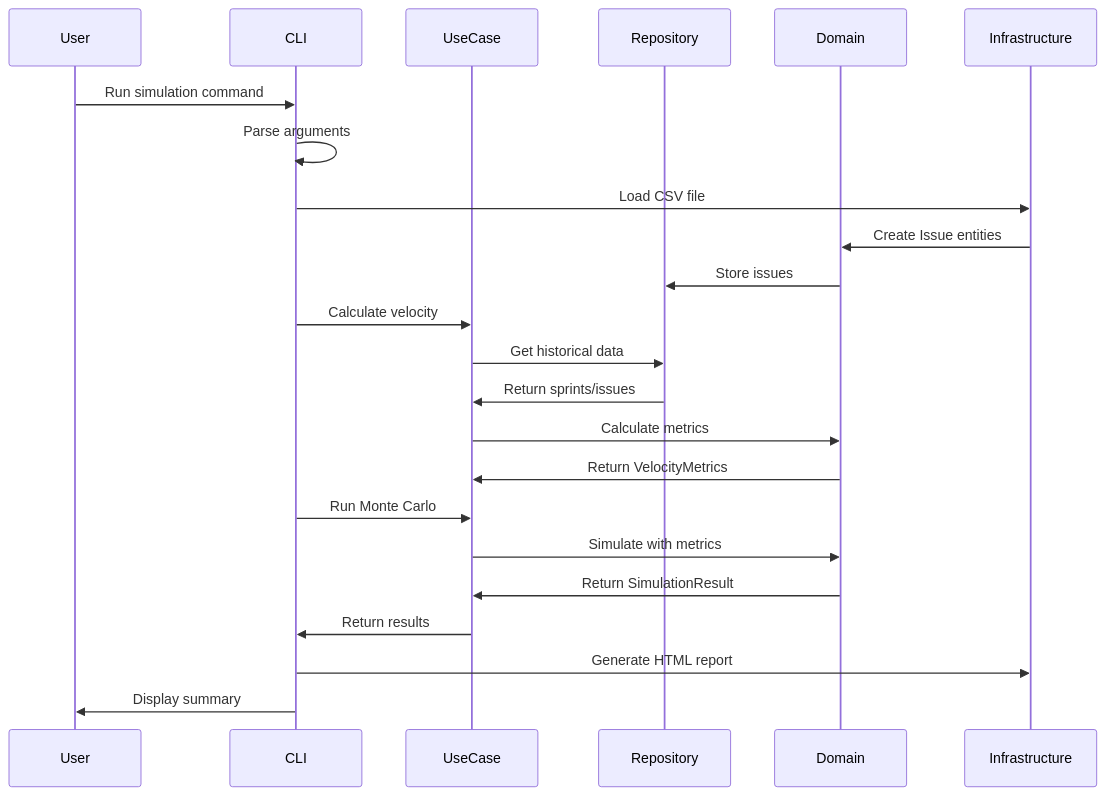
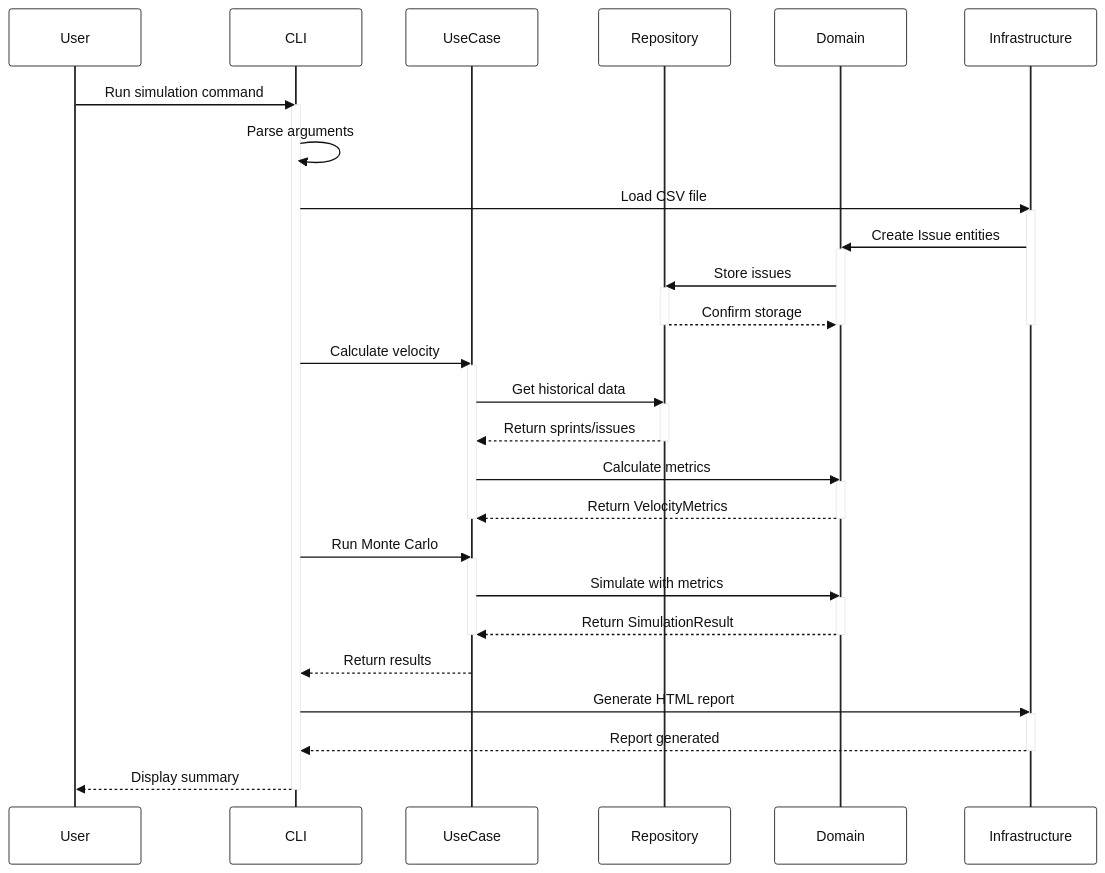
The sixth of 7 diagrams in ARCHITECTURE.md (opreto/jira-monte-carlo), drawn with Mermaid before and after one commit. The commit also changed other lines of this file and 1 other file, not shown here.

First line of the commit message:
Style all mermaid diagrams with professional formatting

````diff
--- a/ARCHITECTURE.md
+++ b/ARCHITECTURE.md
@@ -317,29 +362,52 @@
 ```mermaid
+%%{init: { 'theme': 'base', 'themeVariables': { 'primaryColor': '#fff', 'primaryTextColor': '#111', 'primaryBorderColor': '#222', 'lineColor': '#333', 'fontFamily': 'Arial', 'fontSize': '14px' }}}%%
 sequenceDiagram
     participant User
     participant CLI
     participant UseCase
-    participant Repository
+    participant Repository  
     participant Domain
     participant Infrastructure
     
     User->>CLI: Run simulation command
+    activate CLI
     CLI->>CLI: Parse arguments
     CLI->>Infrastructure: Load CSV file
+    activate Infrastructure
     Infrastructure->>Domain: Create Issue entities
+    activate Domain
     Domain->>Repository: Store issues
+    activate Repository
+    Repository-->>Domain: Confirm storage
+    deactivate Repository
+    deactivate Domain
+    deactivate Infrastructure
     
     CLI->>UseCase: Calculate velocity
+    activate UseCase
     UseCase->>Repository: Get historical data
-    Repository->>UseCase: Return sprints/issues
+    activate Repository
+    Repository-->>UseCase: Return sprints/issues
+    deactivate Repository
     UseCase->>Domain: Calculate metrics
-    Domain->>UseCase: Return VelocityMetrics
+    activate Domain
+    Domain-->>UseCase: Return VelocityMetrics
+    deactivate Domain
+    deactivate UseCase
     
     CLI->>UseCase: Run Monte Carlo
+    activate UseCase
     UseCase->>Domain: Simulate with metrics
-    Domain->>UseCase: Return SimulationResult
+    activate Domain
+    Domain-->>UseCase: Return SimulationResult
+    deactivate Domain
+    deactivate UseCase
     
-    UseCase->>CLI: Return results
+    UseCase-->>CLI: Return results
     CLI->>Infrastructure: Generate HTML report
-    CLI->>User: Display summary
+    activate Infrastructure
+    Infrastructure-->>CLI: Report generated
+    deactivate Infrastructure
+    CLI-->>User: Display summary
+    deactivate CLI
 ```
````
